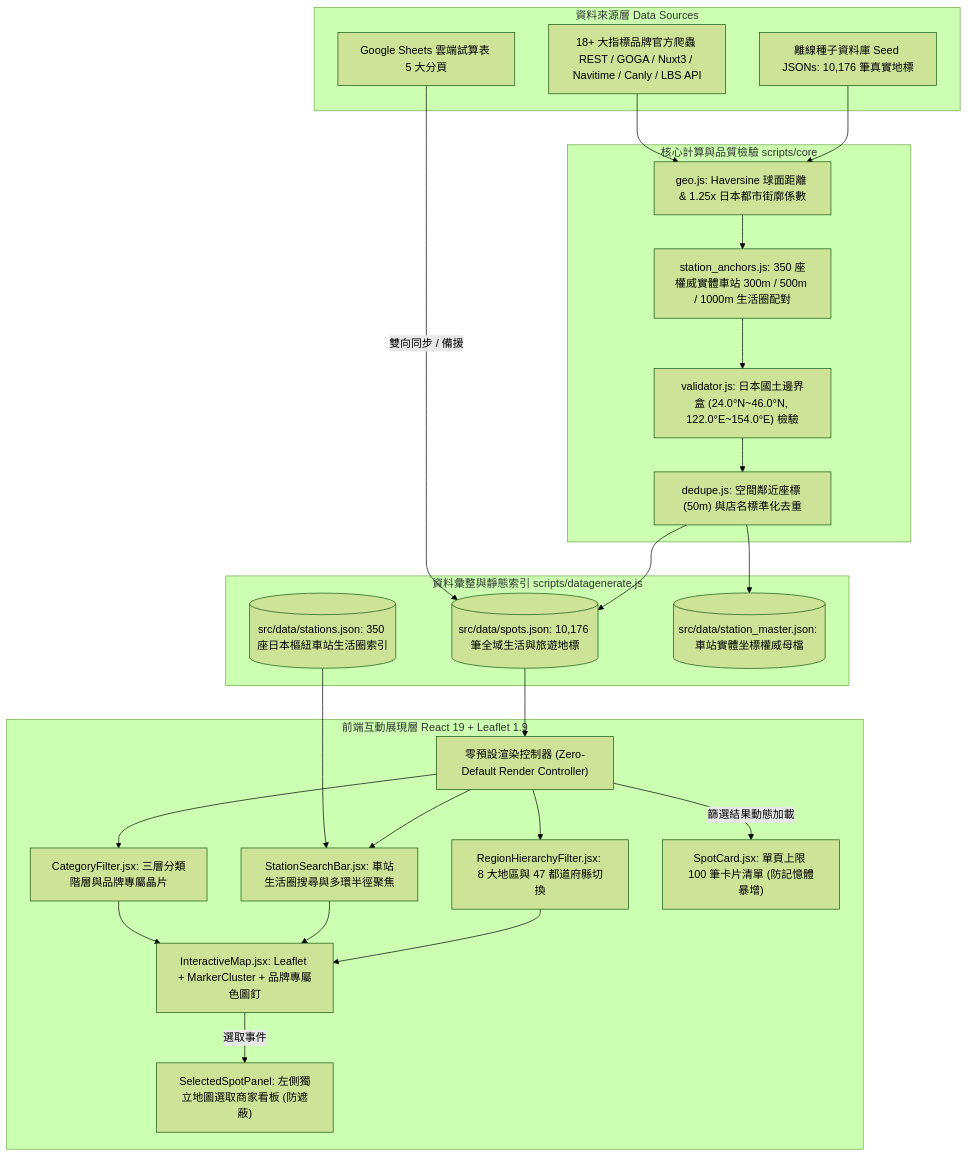
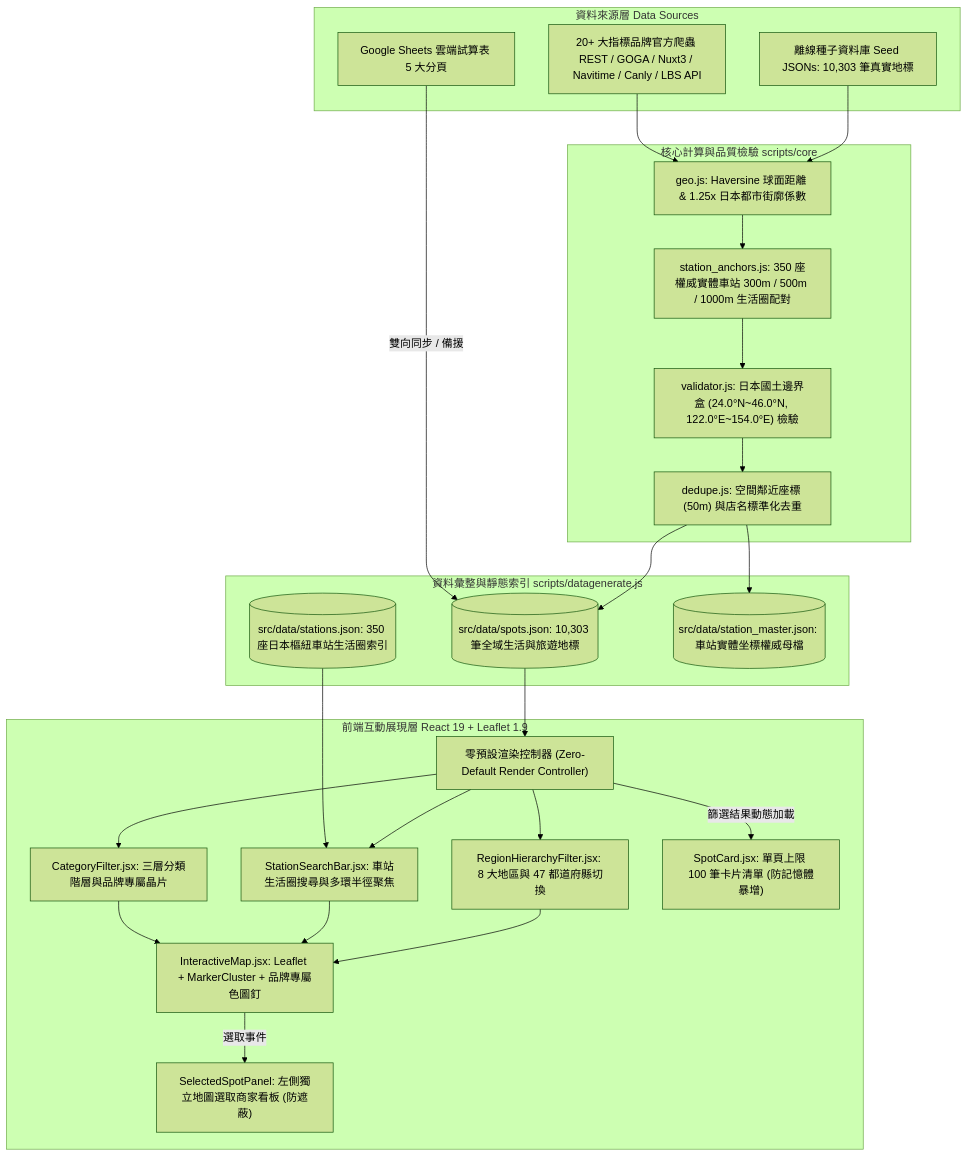
The first of 3 diagrams in docs/ARCHITECTURE.md (imhahac/japan-travel-map-guide), drawn with Mermaid (forest theme) before and after one commit. The commit also changed other lines of this file and 14 other files, not shown here.

````diff
--- a/docs/ARCHITECTURE.md
+++ b/docs/ARCHITECTURE.md
@@ -13,50 +13,50 @@
 ```mermaid
 graph TD
     subgraph Data Sources [資料來源層 Data Sources]
         A1[Google Sheets 雲端試算表 5 大分頁]
-        A2[18+ 大指標品牌官方爬蟲 REST / GOGA / Nuxt3 / Navitime / Canly / LBS API]
-        A3[離線種子資料庫 Seed JSONs: 10,176 筆真實地標]
+        A2[20+ 大指標品牌官方爬蟲 REST / GOGA / Nuxt3 / Navitime / Canly / LBS API]
+        A3[離線種子資料庫 Seed JSONs: 10,303 筆真實地標]
     end
 
     subgraph Core Processing [核心計算與品質檢驗 scripts/core]
         B1["geo.js: Haversine 球面距離 & 1.25x 日本都市街廓係數"]
         B2["station_anchors.js: 350 座權威實體車站 300m / 500m / 1000m 生活圈配對"]
         B3["validator.js: 日本國土邊界盒 (24.0°N~46.0°N, 122.0°E~154.0°E) 檢驗"]
         B4["dedupe.js: 空間鄰近座標 (50m) 與店名標準化去重"]
     end
 
     subgraph Data Aggregator [資料彙整與靜態索引 scripts/datagenerate.js]
-        C1[("src/data/spots.json: 10,176 筆全域生活與旅遊地標")]
+        C1[("src/data/spots.json: 10,303 筆全域生活與旅遊地標")]
         C2[("src/data/stations.json: 350 座日本樞紐車站生活圈索引")]
         C3[("src/data/station_master.json: 車站實體坐標權威母檔")]
     end
 
     subgraph Presentation Layer [前端互動展現層 React 19 + Leaflet 1.9]
         D1["零預設渲染控制器 (Zero-Default Render Controller)"]
         D2["CategoryFilter.jsx: 三層分類階層與品牌專屬晶片"]
         D3["StationSearchBar.jsx: 車站生活圈搜尋與多環半徑聚焦"]
         D4["RegionHierarchyFilter.jsx: 8 大地區與 47 都道府縣切換"]
         D5["InteractiveMap.jsx: Leaflet + MarkerCluster + 品牌專屬色圖釘"]
         D6["SelectedSpotPanel: 左側獨立地圖選取商家看板 (防遮蔽)"]
         D7["SpotCard.jsx: 單頁上限 100 筆卡片清單 (防記憶體暴增)"]
     end
 
     A1 -->|雙向同步 / 備援| C1
     A2 --> B1
     A3 --> B1
     B1 --> B2
     B2 --> B3
     B3 --> B4
     B4 --> C1
     B4 --> C3
     C1 --> D1
     C2 --> D3
     D1 --> D2
     D1 --> D3
     D1 --> D4
     D2 --> D5
     D3 --> D5
     D4 --> D5
     D5 -->|選取事件| D6
     D1 -->|篩選結果動態加載| D7
 ```
````
